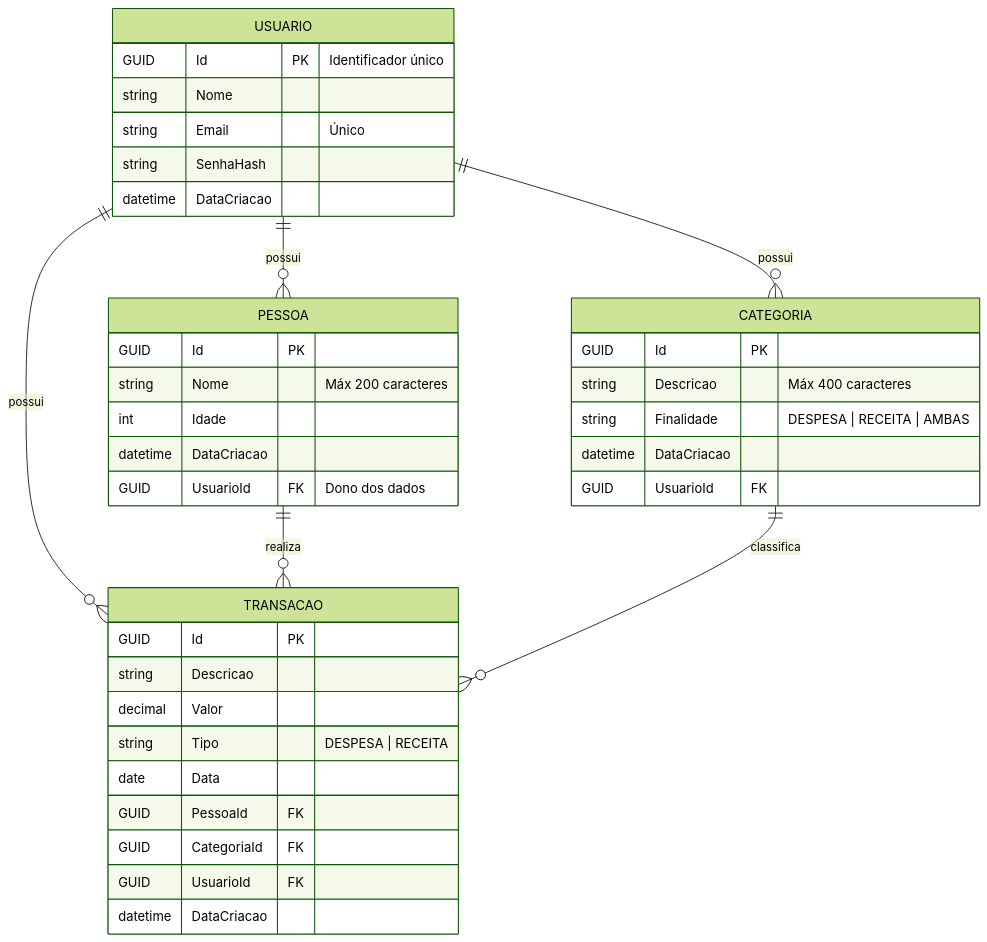
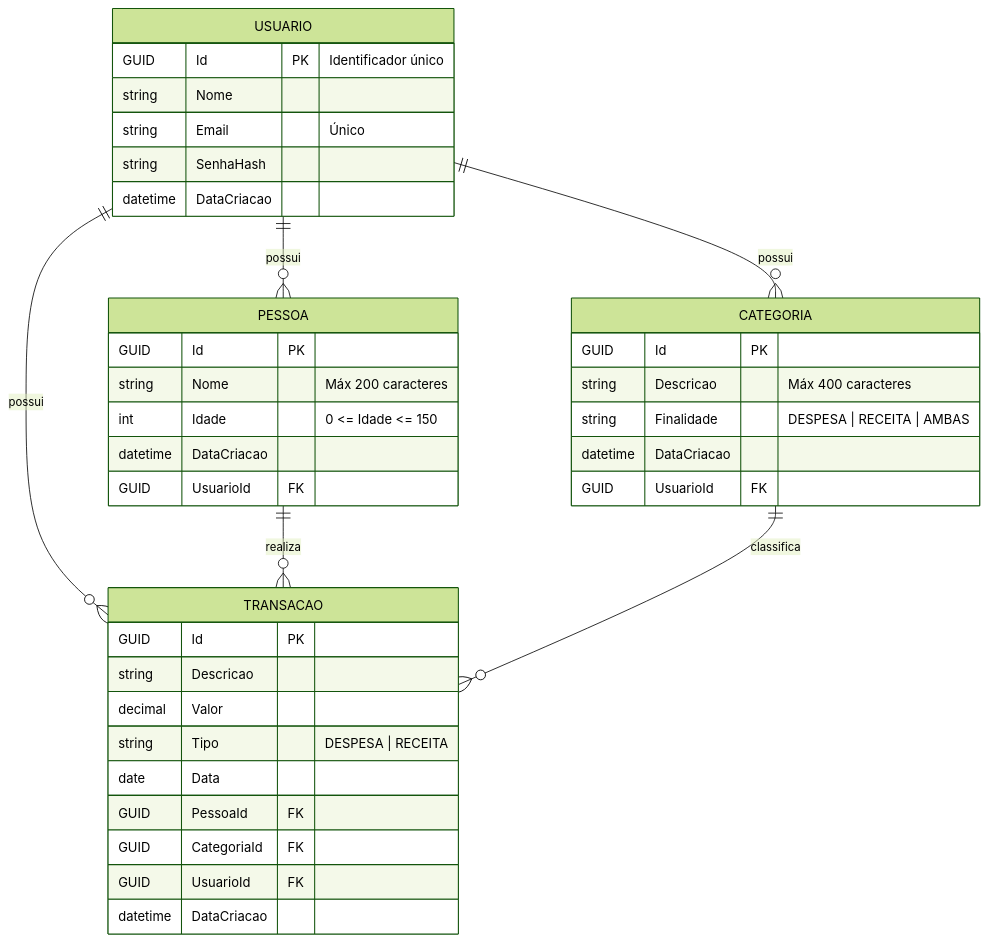
Before and after one commit to Daffc/Financial-Controller: the diagram in README.md, drawn with Mermaid (forest theme).

Commit message:
Updating ER Diagram.

````diff
--- a/README.md
+++ b/README.md
@@ -78,46 +78,46 @@
 ```mermaid
 erDiagram
 
     USUARIO {
         GUID Id PK "Identificador único"
         string Nome
         string Email "Único"
         string SenhaHash
         datetime DataCriacao
     }
 
     PESSOA {
         GUID Id PK
         string Nome "Máx 200 caracteres"
-        int Idade
+        int Idade "0 <= Idade <= 150"
         datetime DataCriacao
-        GUID UsuarioId FK "Dono dos dados"
+        GUID UsuarioId FK
     }
 
     CATEGORIA {
         GUID Id PK
         string Descricao "Máx 400 caracteres"
         string Finalidade "DESPESA | RECEITA | AMBAS"
         datetime DataCriacao
         GUID UsuarioId FK
     }
 
     TRANSACAO {
         GUID Id PK
         string Descricao
         decimal Valor
         string Tipo "DESPESA | RECEITA"
         date Data
         GUID PessoaId FK
         GUID CategoriaId FK
         GUID UsuarioId FK
         datetime DataCriacao
     }
 
     USUARIO ||--o{ PESSOA : "possui"
     USUARIO ||--o{ CATEGORIA : "possui"
     USUARIO ||--o{ TRANSACAO : "possui"
 
     PESSOA ||--o{ TRANSACAO : "realiza"
     CATEGORIA ||--o{ TRANSACAO : "classifica"
 ```
````
